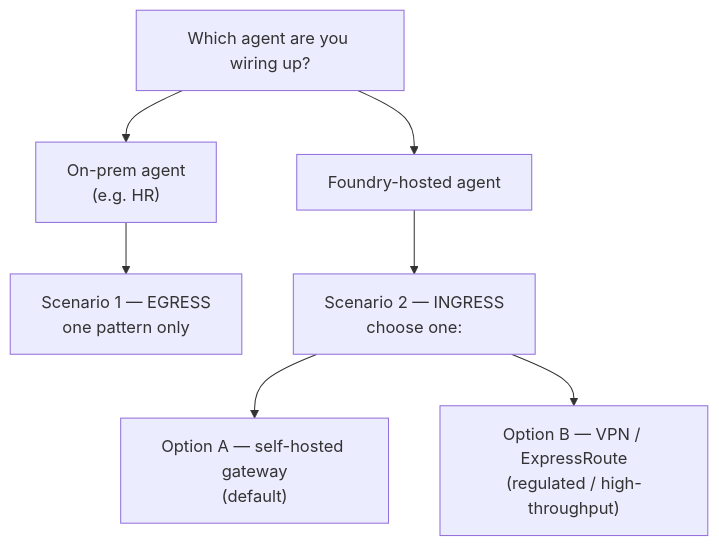
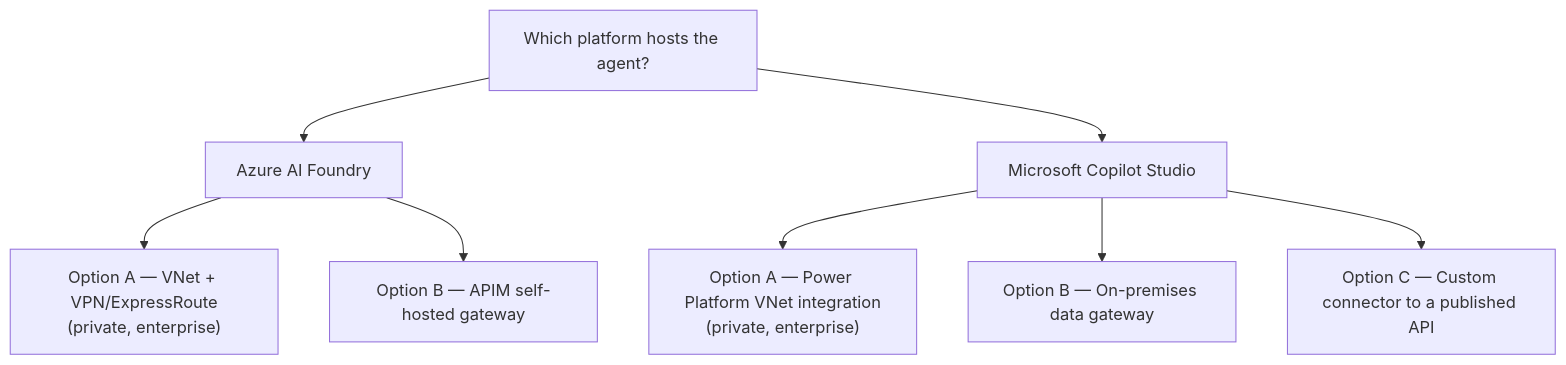
Before and after one commit to drewelewis/ai-hybrid-data-sources: the first of 6 diagrams in README.md, drawn with Mermaid. The commit also changed other lines of this file and 6 other files, not shown here.

Commit message:
Rework README to platform-first (Foundry/Copilot) with options; APIM Premium v2 VNet-injected, remove test VM; add strongSwan guide updates

````diff
--- a/README.md
+++ b/README.md
@@ -26,10 +44,11 @@
 ```mermaid
 flowchart TD
-    Start["Which agent are you wiring up?"]
-    Start --> OnPrem["On-prem agent<br/>(e.g. HR)"]
-    Start --> Foundry["Foundry-hosted agent"]
-    OnPrem --> S1["Scenario 1 — EGRESS<br/>one pattern only"]
-    Foundry --> S2["Scenario 2 — INGRESS<br/>choose one:"]
-    S2 --> OptA["Option A — self-hosted gateway<br/>(default)"]
-    S2 --> OptB["Option B — VPN / ExpressRoute<br/>(regulated / high-throughput)"]
+    Start["Which platform hosts the agent?"]
+    Start --> Foundry["Azure AI Foundry"]
+    Start --> Copilot["Microsoft Copilot Studio"]
+    Foundry --> FA["Option A — VNet + VPN/ExpressRoute<br/>(private, enterprise)"]
+    Foundry --> FB["Option B — APIM self-hosted gateway"]
+    Copilot --> CA["Option A — Power Platform VNet integration<br/>(private, enterprise)"]
+    Copilot --> CB["Option B — On-premises data gateway"]
+    Copilot --> CC["Option C — Custom connector to a published API"]
 ```
````
